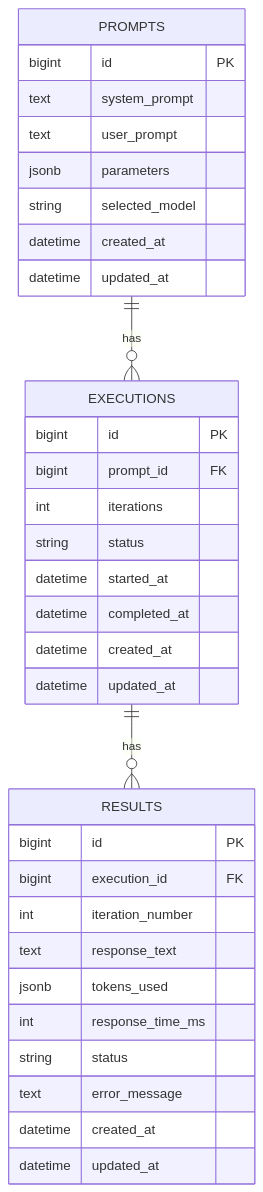
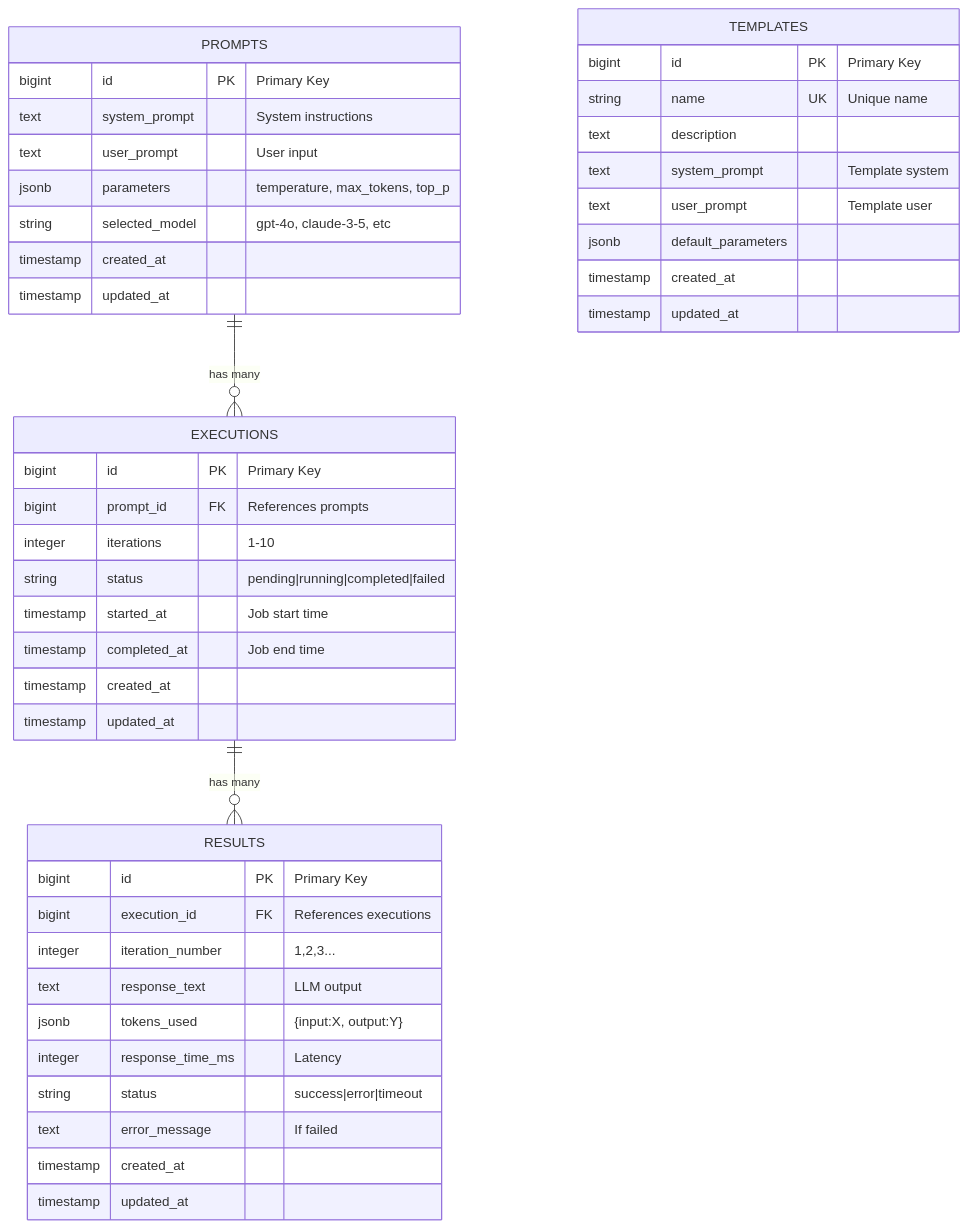
One commit to ProgressYG/LLMPlayground changed the fourth of 4 diagrams in Architecture.md. Above: the diagram before and after it, drawn with Mermaid. The commit also changed other lines of this file and 16 other files, not shown here.

````diff
--- a/Architecture.md
+++ b/Architecture.md
@@ -126,37 +323,50 @@
 ```mermaid
 erDiagram
-  PROMPTS ||--o{ EXECUTIONS : has
-  EXECUTIONS ||--o{ RESULTS : has
+  PROMPTS ||--o{ EXECUTIONS : "has many"
+  EXECUTIONS ||--o{ RESULTS : "has many"
   
   PROMPTS {
-    bigint id PK
-    text system_prompt
-    text user_prompt
-    jsonb parameters
-    string selected_model
-    datetime created_at
-    datetime updated_at
+    bigint id PK "Primary Key"
+    text system_prompt "System instructions"
+    text user_prompt "User input"
+    jsonb parameters "temperature, max_tokens, top_p"
+    string selected_model "gpt-4o, claude-3-5, etc"
+    timestamp created_at
+    timestamp updated_at
   }
+  
   EXECUTIONS {
-    bigint id PK
-    bigint prompt_id FK
-    int iterations
-    string status
-    datetime started_at
-    datetime completed_at
-    datetime created_at
-    datetime updated_at
+    bigint id PK "Primary Key"
+    bigint prompt_id FK "References prompts"
+    integer iterations "1-10"
+    string status "pending|running|completed|failed"
+    timestamp started_at "Job start time"
+    timestamp completed_at "Job end time"
+    timestamp created_at
+    timestamp updated_at
   }
+  
   RESULTS {
-    bigint id PK
-    bigint execution_id FK
-    int iteration_number
-    text response_text
-    jsonb tokens_used
-    int response_time_ms
-    string status
-    text error_message
-    datetime created_at
-    datetime updated_at
+    bigint id PK "Primary Key"
+    bigint execution_id FK "References executions"
+    integer iteration_number "1,2,3..."
+    text response_text "LLM output"
+    jsonb tokens_used "{input:X, output:Y}"
+    integer response_time_ms "Latency"
+    string status "success|error|timeout"
+    text error_message "If failed"
+    timestamp created_at
+    timestamp updated_at
+  }
+  
+  TEMPLATES {
+    bigint id PK "Primary Key"
+    string name UK "Unique name"
+    text description
+    text system_prompt "Template system"
+    text user_prompt "Template user"
+    jsonb default_parameters
+    timestamp created_at
+    timestamp updated_at
   }
 ```
````
